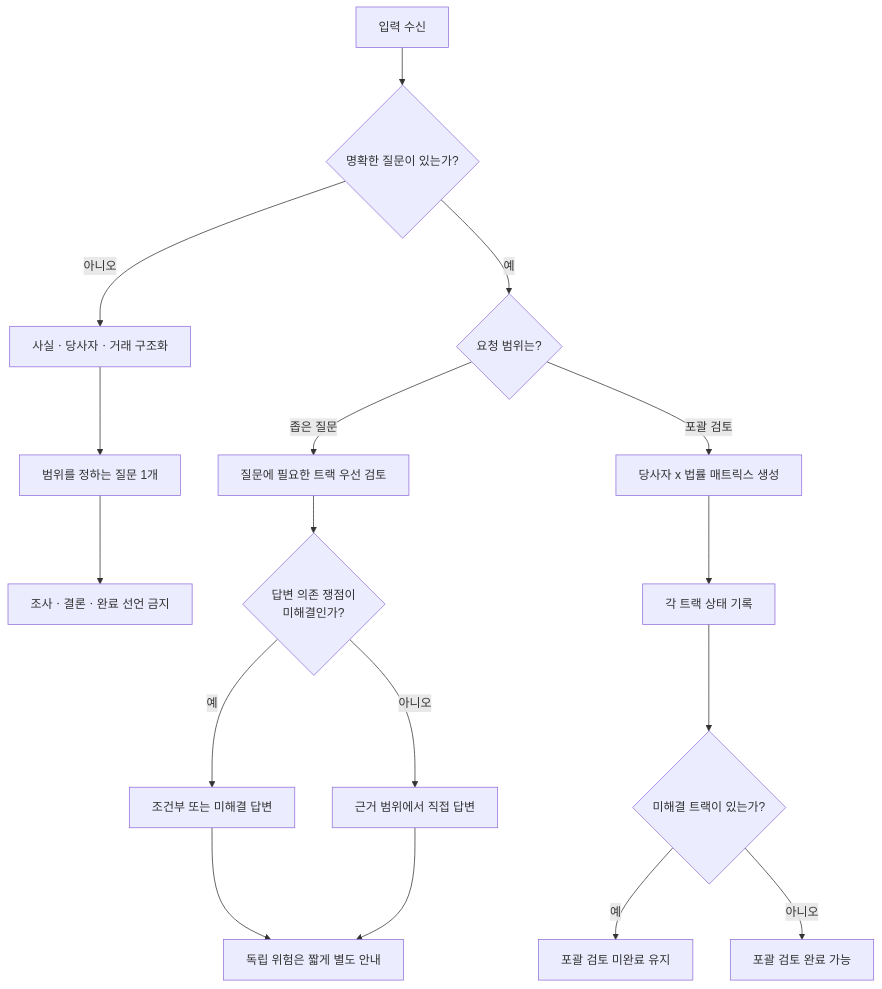
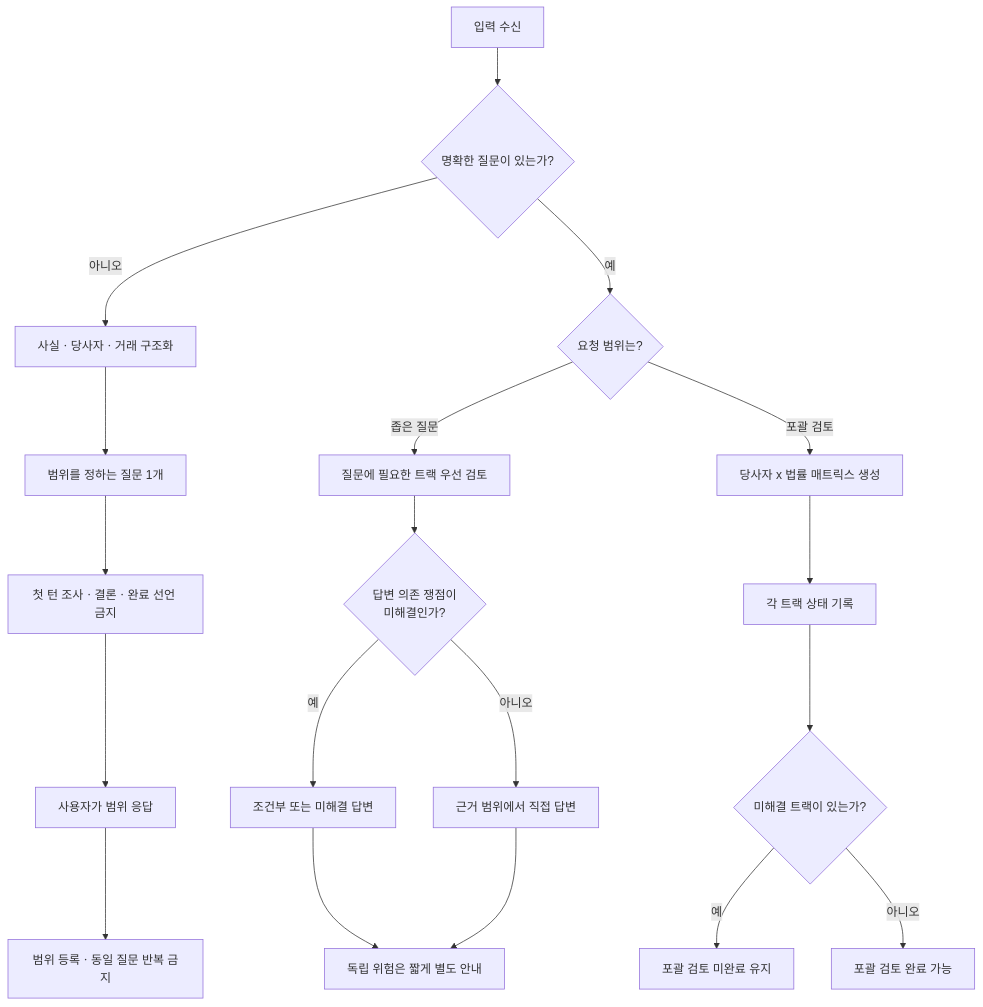
Before and after one commit to hyunae52/legal_harness: the third of 9 diagrams in docs/reviews/OMISSION_SCREENING_CASES_VISUAL_2026-09-22.md, drawn with Mermaid. The commit also changed other lines of this file and 1 other file, not shown here.

````diff
--- a/docs/reviews/OMISSION_SCREENING_CASES_VISUAL_2026-09-22.md
+++ b/docs/reviews/OMISSION_SCREENING_CASES_VISUAL_2026-09-22.md
@@ -61,22 +61,24 @@
 ```mermaid
 flowchart TD
     I[입력 수신] --> Q{명확한 질문이 있는가?}
 
     Q -- 아니오 --> X[사실ㆍ당사자ㆍ거래 구조화]
     X --> O[범위를 정하는 질문 1개]
-    O --> STOP[조사ㆍ결론ㆍ완료 선언 금지]
+    O --> STOP[첫 턴 조사ㆍ결론ㆍ완료 선언 금지]
+    STOP --> NEXT[사용자가 범위 응답]
+    NEXT --> LOCK[범위 등록ㆍ동일 질문 반복 금지]
 
     Q -- 예 --> D{요청 범위는?}
     D -- 좁은 질문 --> K[질문에 필요한 트랙 우선 검토]
     K --> DEP{답변 의존 쟁점이<br/>미해결인가?}
     DEP -- 예 --> COND[조건부 또는 미해결 답변]
     DEP -- 아니오 --> DIRECT[근거 범위에서 직접 답변]
     COND --> SIDE[독립 위험은 짧게 별도 안내]
     DIRECT --> SIDE
 
     D -- 포괄 검토 --> MATRIX[당사자 x 법률 매트릭스 생성]
     MATRIX --> STATUS[각 트랙 상태 기록]
     STATUS --> OPEN{미해결 트랙이 있는가?}
     OPEN -- 예 --> INCOMPLETE[포괄 검토 미완료 유지]
     OPEN -- 아니오 --> COMPLETE[포괄 검토 완료 가능]
 ```
````
